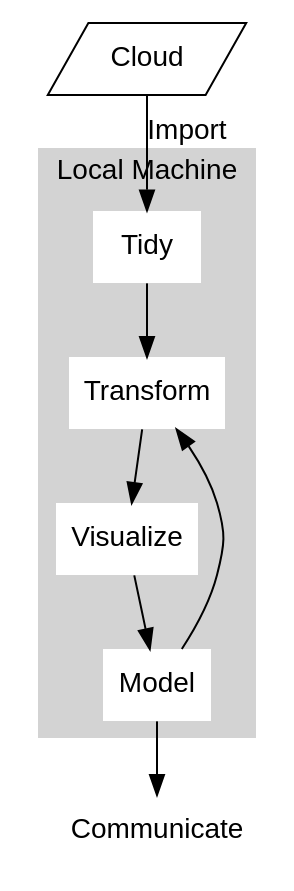
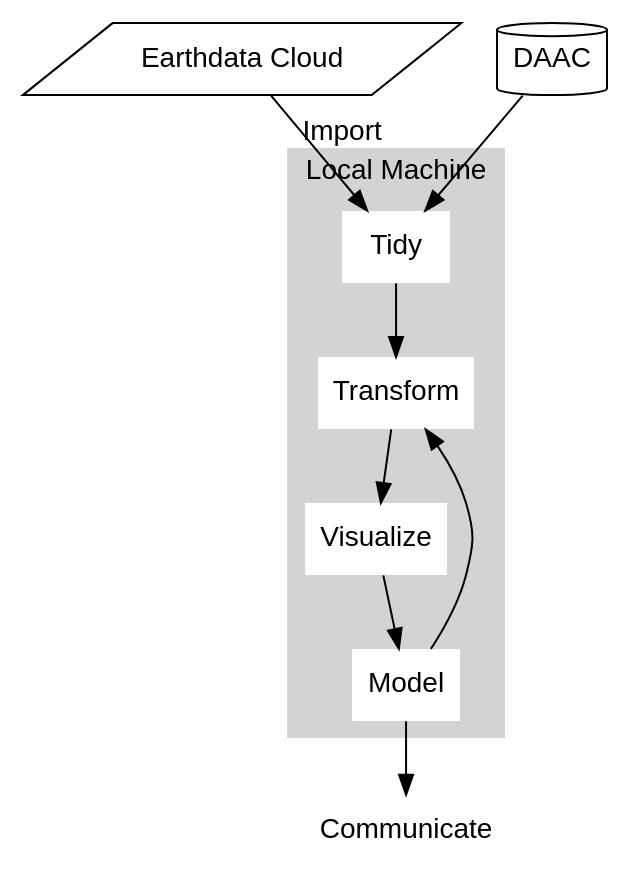
Before and after one commit to nsidc/data_strategies_for_future_us: the second of 3 diagrams in data_strategies_slides.qmd, drawn with Graphviz. The commit also changed other lines of this file, not shown here.

````diff
--- a/data_strategies_slides.qmd
+++ b/data_strategies_slides.qmd
@@ -88,21 +93,24 @@
 ```{dot}
 digraph G {
 	fontname="Helvetica,Arial,sans-serif"
 	node [fontname="Helvetica,Arial,sans-serif"]
 	edge [fontname="Helvetica,Arial,sans-serif"]
 
-	subgraph cluster_0 {
+	communicate [shape=plaintext, label="Communicate"];
+        cloud [shape=parallelogram, label="Earthdata Cloud"];
+        daac [shape=cylinder, label="DAAC"]
+
+        subgraph cluster_0 {
 		style=filled;
 		color=lightgrey;
 		node [shape=plaintext, style=filled,color=white];
 		Tidy -> Transform -> Visualize -> Model -> Transform;
 		label = "Local Machine";
 	}
 
+        daac -> Tidy
         cloud -> Tidy [label="Import", labelfloat=true];
         Model -> communicate;
         
-	communicate [shape=plaintext, label="Communicate"];
-        cloud [shape=parallelogram, label="Cloud"];
 }
 ```
````
